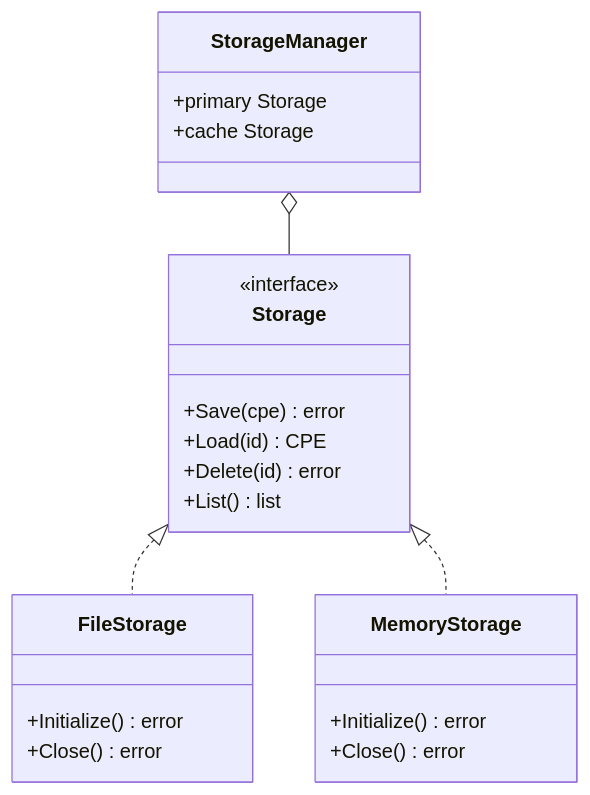
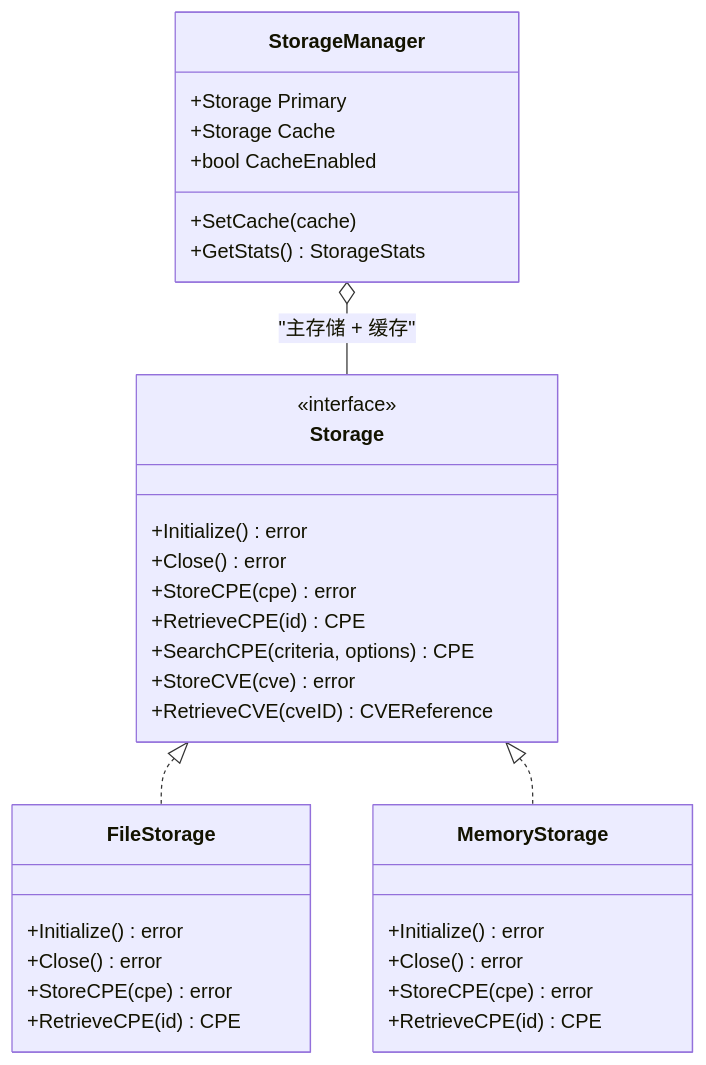
Before and after one commit to scagogogo/cpe-skills: the diagram in website/zh/guide/storage.md, drawn with Mermaid. The commit also changed other lines of this file and 34 other files, not shown here.

First line of the commit message:
docs(website): fix fabricated APIs in examples, sync zh with en, fix diagrams

````diff
--- a/website/zh/guide/storage.md
+++ b/website/zh/guide/storage.md
@@ -11,25 +11,35 @@
 ```mermaid
 classDiagram
     class Storage {
         <<interface>>
-        +Save(cpe) error
-        +Load(id) CPE
-        +Delete(id) error
-        +List() list
+        +Initialize() error
+        +Close() error
+        +StoreCPE(cpe) error
+        +RetrieveCPE(id) CPE
+        +SearchCPE(criteria, options) CPE
+        +StoreCVE(cve) error
+        +RetrieveCVE(cveID) CVEReference
     }
     class FileStorage {
         +Initialize() error
         +Close() error
+        +StoreCPE(cpe) error
+        +RetrieveCPE(id) CPE
     }
     class MemoryStorage {
         +Initialize() error
         +Close() error
+        +StoreCPE(cpe) error
+        +RetrieveCPE(id) CPE
     }
     class StorageManager {
-        +primary Storage
-        +cache Storage
+        +Storage Primary
+        +Storage Cache
+        +bool CacheEnabled
+        +SetCache(cache)
+        +GetStats() StorageStats
     }
     Storage <|.. FileStorage
     Storage <|.. MemoryStorage
-    StorageManager o-- Storage
+    StorageManager o-- Storage : "主存储 + 缓存"
 ```
````
